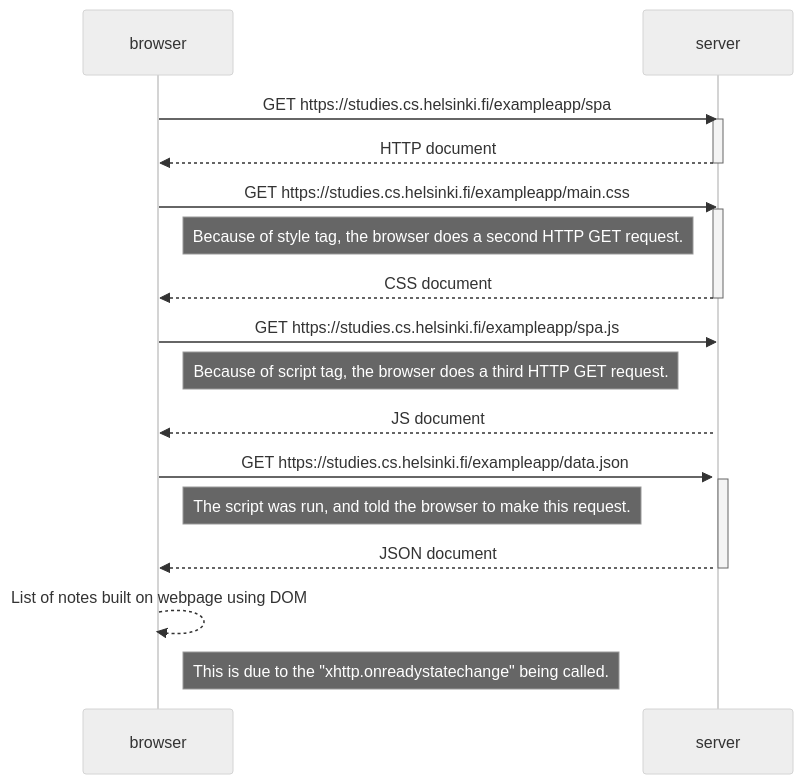
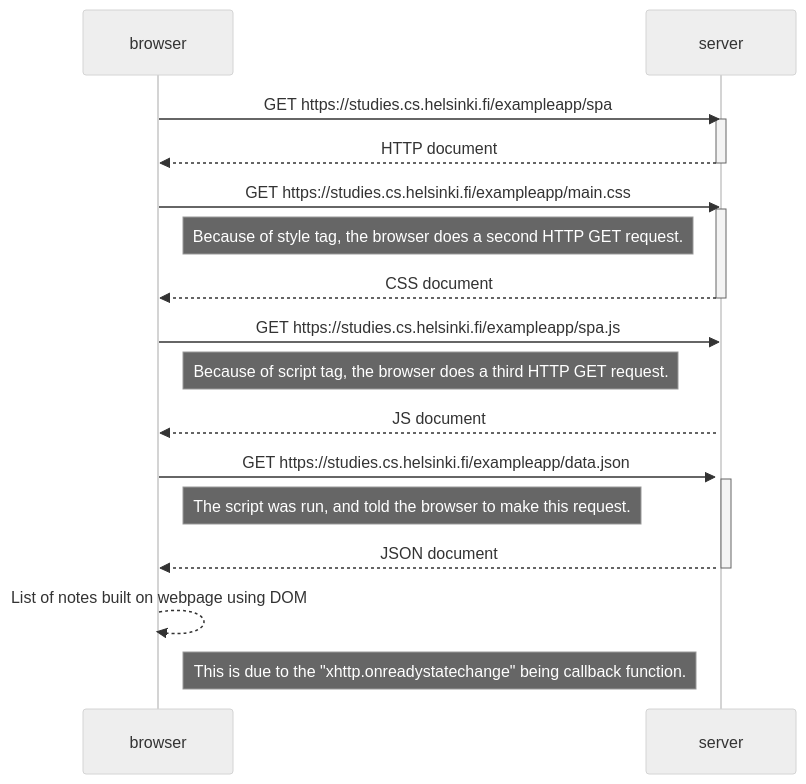
One commit to gul3isg00/fullStackOpen2023 changed the diagram in part0/exercise5.md. Above: the diagram before and after it, drawn with Mermaid (neutral theme). The commit also changed 1 other file, not shown here.

Commit message:
add keyword

````diff
--- a/part0/exercise5.md
+++ b/part0/exercise5.md
@@ -2,26 +2,26 @@
 ```mermaid
 sequenceDiagram
     participant browser
     participant server
 
     browser->>server: GET https://studies.cs.helsinki.fi/exampleapp/spa
     activate server
     server-->>browser: HTTP document
     deactivate server
     browser->>server: GET https://studies.cs.helsinki.fi/exampleapp/main.css
     activate server
     Note right of browser: Because of style tag, the browser does a second HTTP GET request.
     server-->>browser: CSS document
     deactivate server
     browser->>server: GET https://studies.cs.helsinki.fi/exampleapp/spa.js
     activate server
     Note right of browser: Because of script tag, the browser does a third HTTP GET request.
     server-->>browser: JS document
     browser->>server: GET https://studies.cs.helsinki.fi/exampleapp/data.json
     activate server
     Note right of browser: The script was run, and told the browser to make this request.
     server-->>browser: JSON document
     deactivate server
     browser-->>browser: List of notes built on webpage using DOM
-    Note right of browser: This is due to the "xhttp.onreadystatechange" being called.
+    Note right of browser: This is due to the "xhttp.onreadystatechange" being callback function.
 ```
````
